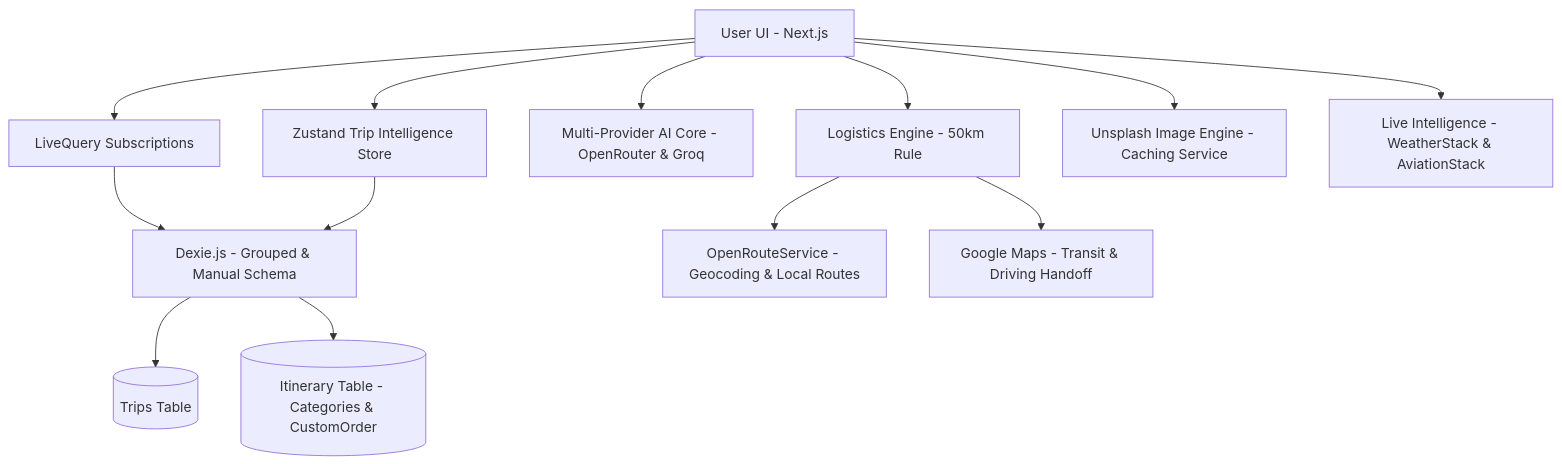
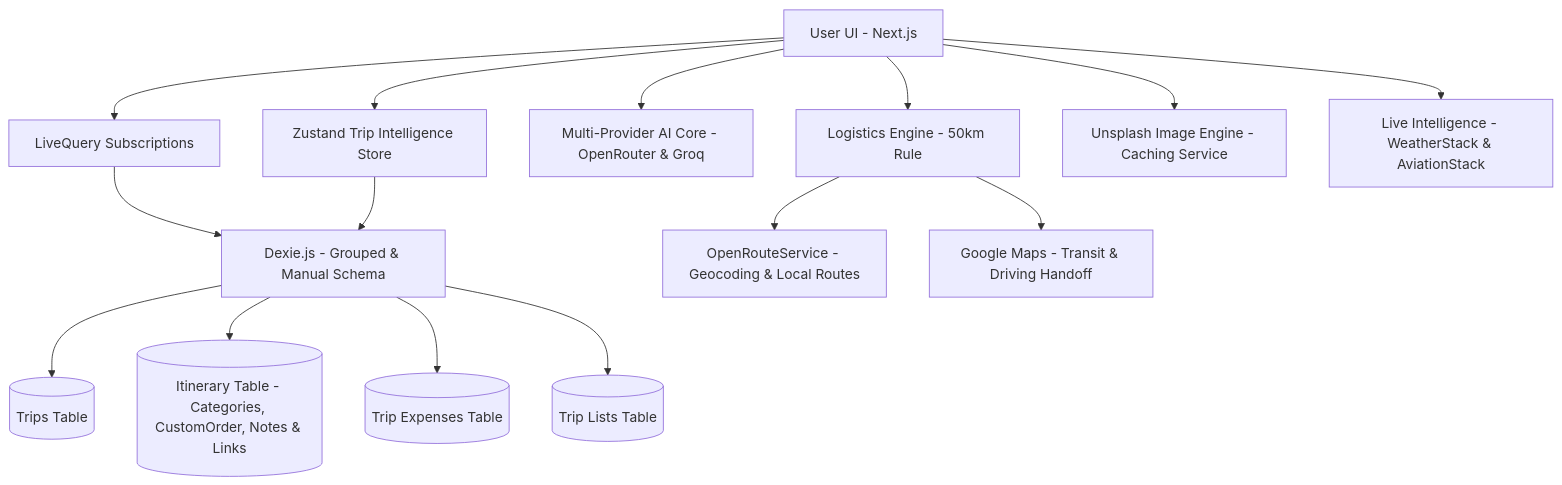
Before and after one commit to strike007-3000/RouteMate: the diagram in README.md, drawn with Mermaid. The commit also changed other lines of this file and 28 other files, not shown here.

````diff
--- a/README.md
+++ b/README.md
@@ -79,15 +85,17 @@
 ```mermaid
 graph TD
     A[User UI - Next.js] --> B[Zustand Trip Intelligence Store]
     A --> J[LiveQuery Subscriptions]
     J --> C[Dexie.js - Grouped & Manual Schema]
     B --> C
     C --> D[(Trips Table)]
-    C --> E[(Itinerary Table - Categories & CustomOrder)]
+    C --> E[(Itinerary Table - Categories, CustomOrder, Notes & Links)]
+    C --> N[(Trip Expenses Table)]
+    C --> O[(Trip Lists Table)]
     A --> F[Multi-Provider AI Core - OpenRouter & Groq]
     A --> G[Logistics Engine - 50km Rule]
     A --> K[Unsplash Image Engine - Caching Service]
     A --> M[Live Intelligence - WeatherStack & AviationStack]
     G --> L[OpenRouteService - Geocoding & Local Routes]
     G --> H[Google Maps - Transit & Driving Handoff]
 ```
````
